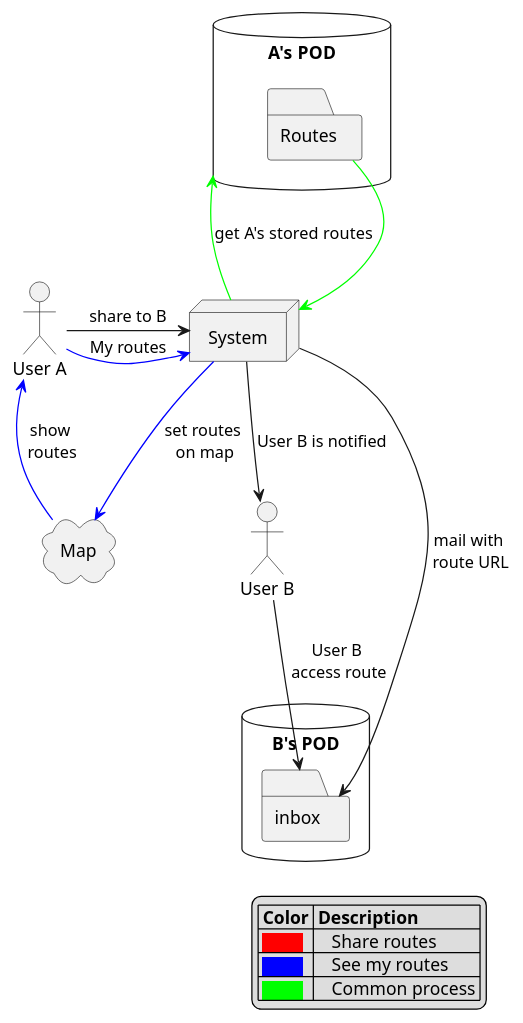
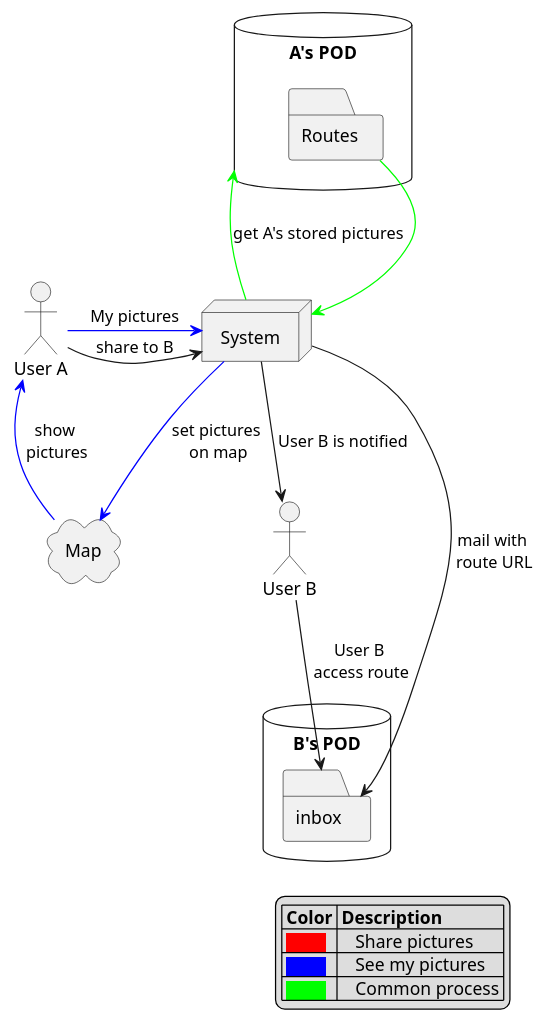
One commit to Arquisoft/viade_en1a changed the first of 2 diagrams in src/docs/03_system_scope_and_context.adoc. Above: the diagram before and after it, drawn with PlantUML. The commit also changed other lines of this file and 23 other files, not shown here.

```diff
--- a/src/docs/03_system_scope_and_context.adoc
+++ b/src/docs/03_system_scope_and_context.adoc
@@ -10,37 +10,37 @@
 [plantuml,"Business context diagram",png]
 ----
 :User A: as A
 
 node "System" as Sys{
 }
 
 :User B: as B
 
 database "A's POD" as AP {
     folder Routes as r1
 }
 
 database "B's POD" as BP {
     folder inbox as r2
 }
 
 cloud "Map" as Map{
 }
 
 A -right-> Sys : share to B
-A -[#0000ff]right-> Sys : My routes
-Sys -[#00ff00]right-> AP: get A's stored routes
+A -[#0000ff]right-> Sys : My pictures
+Sys -[#00ff00]right-> AP: get A's stored pictures
 r1 -[#00ff00]-> Sys
-Sys -[#0000ff]down-> Map : set routes\n on map
-Map -[#0000ff]up-> A : show\n routes
+Sys -[#0000ff]down-> Map : set pictures\n on map
+Map -[#0000ff]up-> A : show\n pictures
 Sys ---> r2 : mail with\n route URL
 Sys -right-> B : User B is notified
 B -down-> r2 : User B\n access route
 
 legend right
     |= Color |= Description |
-    | <size:11><back:#ff0000>           </back></size>|    Share routes |
-    | <size:11><back:#0000ff>           </back></size>|    See my routes |
+    | <size:11><back:#ff0000>           </back></size>|    Share pictures |
+    | <size:11><back:#0000ff>           </back></size>|    See my pictures |
     | <size:11><back:#00ff00>           </back></size>|    Common process |
 endlegend
 ----
```
